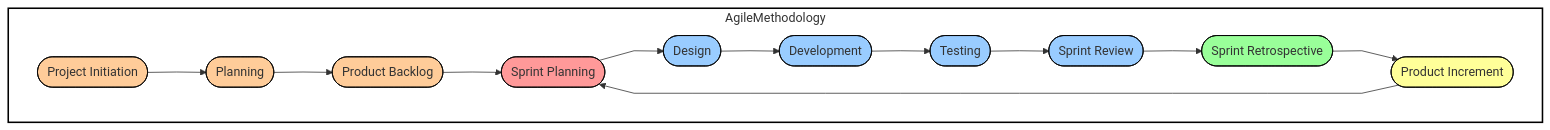
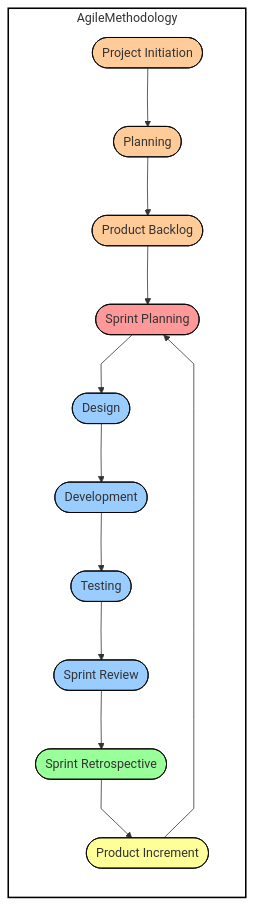
Before and after one commit to FarisAlmutairi305/DirectoryStructures305: the first of 5 diagrams in README.md, drawn with Mermaid.

````diff
--- a/README.md
+++ b/README.md
@@ -2,31 +2,31 @@
 ```mermaid
-%%{ init: { 'themeVariables': { 'fontFamily': 'Arial', 'fontSize': '16px', 'primaryColor': '#000000', 'edgeLabelBackground': '#ffffff', 'tertiaryColor': '#ffffff' }, 'flowchart': { 'curve': 'linear', 'direction': 'LR' } } }%%
-flowchart LR
+%%{ init: { 'themeVariables': { 'fontFamily': 'Arial', 'fontSize': '16px', 'primaryColor': '#000000', 'edgeLabelBackground': '#ffffff', 'tertiaryColor': '#ffffff' }, 'flowchart': { 'curve': 'linear', 'direction': 'TB' } } }%%
+flowchart TB
     subgraph AgileMethodology
-        direction LR
+        direction TB
         style AgileMethodology fill:#ffffff,stroke:#000000,stroke-width:2px
 
         Start([Project Initiation]) --> Planning([Planning])
         Planning --> Backlog([Product Backlog])
         Backlog --> SprintPlanning([Sprint Planning])
         SprintPlanning --> Design([Design])
         Design --> Development([Development])
         Development --> Testing([Testing])
         Testing --> Review([Sprint Review])
         Review --> Retrospective([Sprint Retrospective])
         Retrospective --> Increment([Product Increment])
         Increment --> SprintPlanning
     end
 
     style Start fill:#FFCC99,stroke:#000000
     style Planning fill:#FFCC99,stroke:#000000
     style Backlog fill:#FFCC99,stroke:#000000
     style SprintPlanning fill:#FF9999,stroke:#000000
     style Design fill:#99CCFF,stroke:#000000
     style Development fill:#99CCFF,stroke:#000000
     style Testing fill:#99CCFF,stroke:#000000
     style Review fill:#99CCFF,stroke:#000000
     style Retrospective fill:#99FF99,stroke:#000000
     style Increment fill:#FFFF99,stroke:#000000
 
 ```
````
